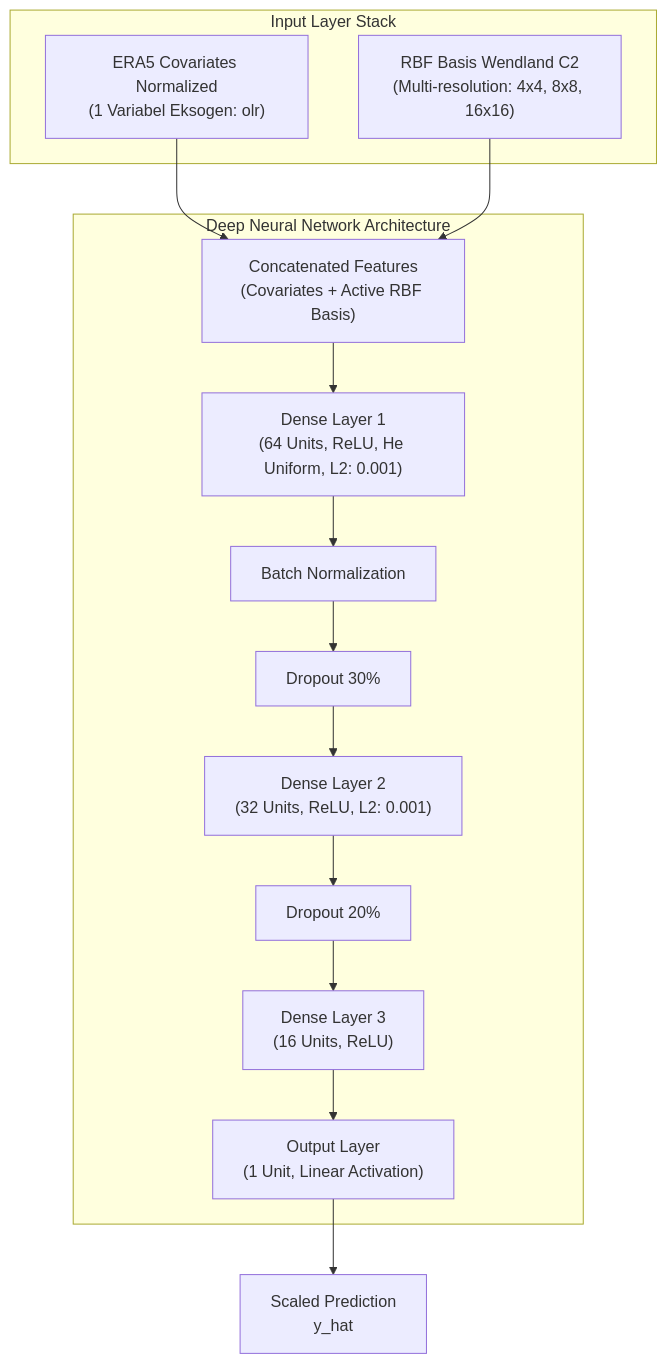
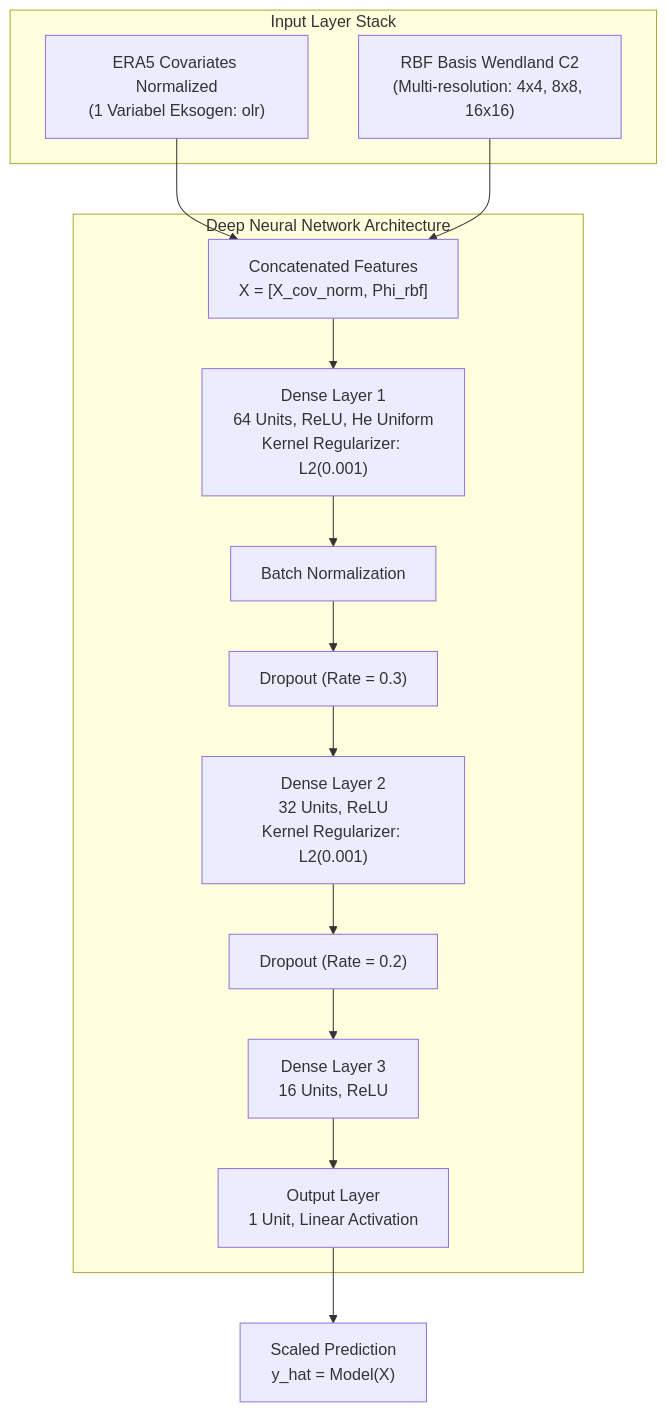
Before and after one commit to pxndameong/dk-2026: the second of 2 diagrams in README.md, drawn with Mermaid. The commit also changed other lines of this file, not shown here.

````diff
--- a/README.md
+++ b/README.md
@@ -58,30 +93,30 @@
 ```mermaid
 flowchart TD
     subgraph Input_Features ["Input Layer Stack"]
         X1["ERA5 Covariates Normalized<br/>(1 Variabel Eksogen: olr)"]
         X2["RBF Basis Wendland C2<br/>(Multi-resolution: 4x4, 8x8, 16x16)"]
     end
 
     subgraph DNN_Layers ["Deep Neural Network Architecture"]
-        Input["Concatenated Features<br/>(Covariates + Active RBF Basis)"]
-        Dense1["Dense Layer 1<br/>(64 Units, ReLU, He Uniform, L2: 0.001)"]
+        Input["Concatenated Features<br/>X = [X_cov_norm, Phi_rbf]"]
+        Dense1["Dense Layer 1<br/>64 Units, ReLU, He Uniform<br/>Kernel Regularizer: L2(0.001)"]
         BN["Batch Normalization"]
-        Drop1["Dropout 30%"]
-        Dense2["Dense Layer 2<br/>(32 Units, ReLU, L2: 0.001)"]
-        Drop2["Dropout 20%"]
-        Dense3["Dense Layer 3<br/>(16 Units, ReLU)"]
-        Out["Output Layer<br/>(1 Unit, Linear Activation)"]
+        Drop1["Dropout (Rate = 0.3)"]
+        Dense2["Dense Layer 2<br/>32 Units, ReLU<br/>Kernel Regularizer: L2(0.001)"]
+        Drop2["Dropout (Rate = 0.2)"]
+        Dense3["Dense Layer 3<br/>16 Units, ReLU"]
+        Out["Output Layer<br/>1 Unit, Linear Activation"]
     end
 
-    YPred["Scaled Prediction<br/>y_hat"]
+    YPred["Scaled Prediction<br/>y_hat = Model(X)"]
 
     X1 & X2 --> Input
     Input --> Dense1
     Dense1 --> BN
     BN --> Drop1
     Drop1 --> Dense2
     Dense2 --> Drop2
     Drop2 --> Dense3
     Dense3 --> Out
     Out --> YPred
 ```
````
